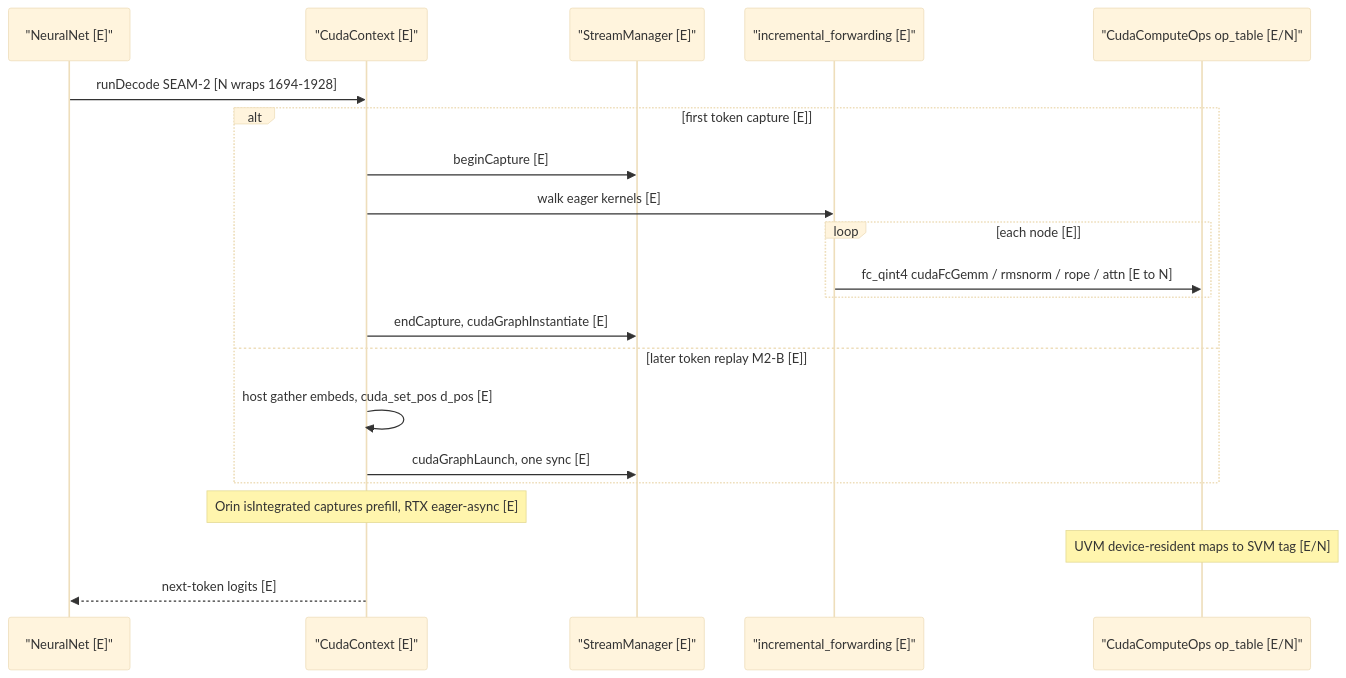
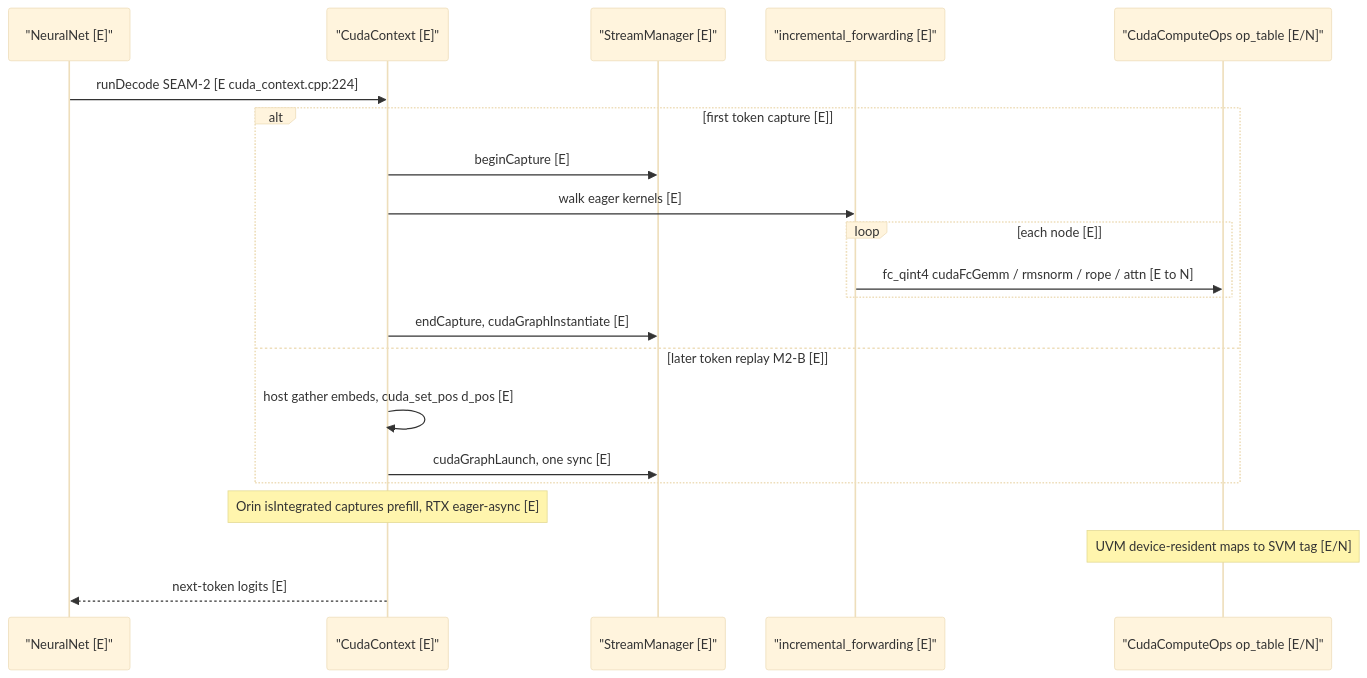
One commit to jijoongmoon/nntrainer changed the seventh of 10 diagrams in nntrainer/docs/ARCHITECTURE_REFACTOR.md. Above: the diagram before and after it, drawn with Mermaid (base theme). The commit also changed other lines of this file, not shown here.

````diff
--- a/nntrainer/docs/ARCHITECTURE_REFACTOR.md
+++ b/nntrainer/docs/ARCHITECTURE_REFACTOR.md
@@ -457,23 +469,23 @@
 ```mermaid
 sequenceDiagram
     participant NN as "NeuralNet [E]"
     participant Ctx as "CudaContext [E]"
     participant SM as "StreamManager [E]"
     participant Walk as "incremental_forwarding [E]"
     participant Ops as "CudaComputeOps op_table [E/N]"
-    NN->>Ctx: runDecode SEAM-2 [N wraps 1694-1928]
+    NN->>Ctx: runDecode SEAM-2 [E cuda_context.cpp:224]
     alt first token capture [E]
         Ctx->>SM: beginCapture [E]
         Ctx->>Walk: walk eager kernels [E]
         loop each node [E]
             Walk->>Ops: fc_qint4 cudaFcGemm / rmsnorm / rope / attn [E to N]
         end
         Ctx->>SM: endCapture, cudaGraphInstantiate [E]
     else later token replay M2-B [E]
         Ctx->>Ctx: host gather embeds, cuda_set_pos d_pos [E]
         Ctx->>SM: cudaGraphLaunch, one sync [E]
     end
     Note over Ctx: Orin isIntegrated captures prefill, RTX eager-async [E]
     Note over Ops: UVM device-resident maps to SVM tag [E/N]
     Ctx-->>NN: next-token logits [E]
 ```
````
